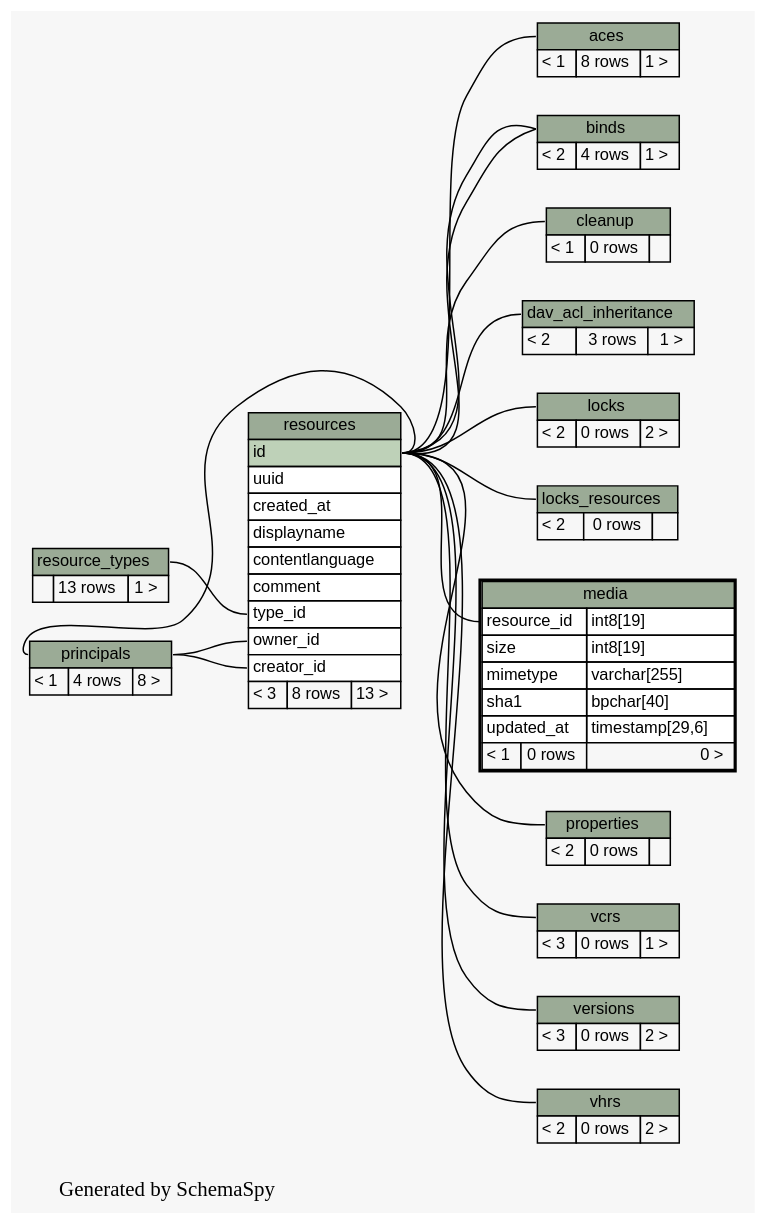
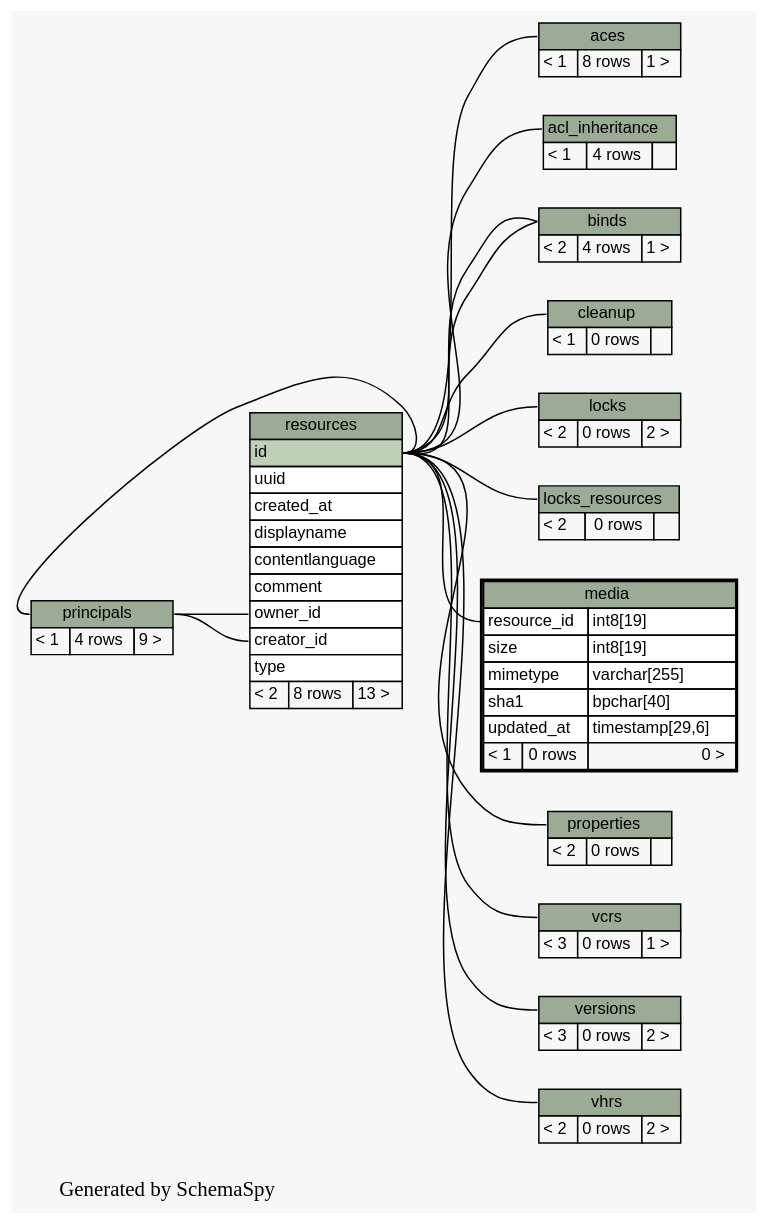
The diagram in limestone/doc/schemaSpy/graphs/media.2degrees.dot (tolsen/limestone), drawn with Graphviz before and after one commit. The commit also changed 151 other files, not shown here.

Commit message:
update schemaspy

```diff
--- a/limestone/doc/schemaSpy/graphs/media.2degrees.dot
+++ b/limestone/doc/schemaSpy/graphs/media.2degrees.dot
@@ -1,173 +1,163 @@
-// dot 2.16.1 on Linux 2.6.24-1-amd64
+// dot 2.20.2 on Linux 2.6.25-2-amd64
 digraph "twoDegreesRelationshipsGraph" {
   graph [
     rankdir="RL"
     bgcolor="#f7f7f7"
     label="\nGenerated by SchemaSpy"
     labeljust="l"
   ];
   node [
     fontname="Helvetica"
     fontsize="11"
     shape="plaintext"
   ];
   edge [
     arrowsize="0.8"
   ];
   "aces":"aces.heading":w -> "resources":"id":e [arrowtail=crowtee arrowhead=none];
+  "acl_inheritance":"acl_inheritance.heading":w -> "resources":"id":e [arrowtail=tee arrowhead=none];
   "binds":"binds.heading":w -> "resources":"id":e [arrowtail=crowtee arrowhead=none];
   "binds":"binds.heading":w -> "resources":"id":e [arrowtail=crowtee arrowhead=none];
   "cleanup":"cleanup.heading":w -> "resources":"id":e [arrowtail=crowtee arrowhead=none];
-  "dav_acl_inheritance":"dav_acl_inheritance.heading":w -> "resources":"id":e [arrowtail=tee arrowhead=none];
   "locks":"locks.heading":w -> "resources":"id":e [arrowtail=crowtee arrowhead=none];
   "locks_resources":"locks_resources.heading":w -> "resources":"id":e [arrowtail=crowtee arrowhead=none];
   "media":"resource_id":w -> "resources":"id":e [arrowtail=crowtee arrowhead=none];
   "principals":"principals.heading":w -> "resources":"id":e [arrowtail=tee arrowhead=none];
   "properties":"properties.heading":w -> "resources":"id":e [arrowtail=crowtee arrowhead=none];
   "resources":"creator_id":w -> "principals":"principals.heading":e [arrowtail=crowtee arrowhead=none];
   "resources":"owner_id":w -> "principals":"principals.heading":e [arrowtail=crowtee arrowhead=none];
-  "resources":"type_id":w -> "resource_types":"resource_types.heading":e [arrowtail=crowtee arrowhead=none];
   "vcrs":"vcrs.heading":w -> "resources":"id":e [arrowtail=tee arrowhead=none];
   "versions":"versions.heading":w -> "resources":"id":e [arrowtail=tee arrowhead=none];
   "vhrs":"vhrs.heading":w -> "resources":"id":e [arrowtail=tee arrowhead=none];
   "aces" [
     label=<
     <TABLE BORDER="0" CELLBORDER="1" CELLSPACING="0" BGCOLOR="#ffffff">
       <TR><TD PORT="aces.heading" COLSPAN="3" BGCOLOR="#9bab96" ALIGN="CENTER">aces</TD></TR>
       <TR><TD ALIGN="LEFT" BGCOLOR="#f7f7f7">&lt; 1</TD><TD ALIGN="RIGHT" BGCOLOR="#f7f7f7">8 rows</TD><TD ALIGN="RIGHT" BGCOLOR="#f7f7f7">1 &gt;</TD></TR>
     </TABLE>>
     URL="aces.html#graph"
     tooltip="aces"
+  ];
+  "acl_inheritance" [
+    label=<
+    <TABLE BORDER="0" CELLBORDER="1" CELLSPACING="0" BGCOLOR="#ffffff">
+      <TR><TD PORT="acl_inheritance.heading" COLSPAN="3" BGCOLOR="#9bab96" ALIGN="CENTER">acl_inheritance</TD></TR>
+      <TR><TD ALIGN="LEFT" BGCOLOR="#f7f7f7">&lt; 1</TD><TD ALIGN="RIGHT" BGCOLOR="#f7f7f7">4 rows</TD><TD ALIGN="RIGHT" BGCOLOR="#f7f7f7">  </TD></TR>
+    </TABLE>>
+    URL="acl_inheritance.html#graph"
+    tooltip="acl_inheritance"
   ];
   "binds" [
     label=<
     <TABLE BORDER="0" CELLBORDER="1" CELLSPACING="0" BGCOLOR="#ffffff">
       <TR><TD PORT="binds.heading" COLSPAN="3" BGCOLOR="#9bab96" ALIGN="CENTER">binds</TD></TR>
       <TR><TD ALIGN="LEFT" BGCOLOR="#f7f7f7">&lt; 2</TD><TD ALIGN="RIGHT" BGCOLOR="#f7f7f7">4 rows</TD><TD ALIGN="RIGHT" BGCOLOR="#f7f7f7">1 &gt;</TD></TR>
     </TABLE>>
     URL="binds.html#graph"
     tooltip="binds"
   ];
   "cleanup" [
     label=<
     <TABLE BORDER="0" CELLBORDER="1" CELLSPACING="0" BGCOLOR="#ffffff">
       <TR><TD PORT="cleanup.heading" COLSPAN="3" BGCOLOR="#9bab96" ALIGN="CENTER">cleanup</TD></TR>
       <TR><TD ALIGN="LEFT" BGCOLOR="#f7f7f7">&lt; 1</TD><TD ALIGN="RIGHT" BGCOLOR="#f7f7f7">0 rows</TD><TD ALIGN="RIGHT" BGCOLOR="#f7f7f7">  </TD></TR>
     </TABLE>>
     URL="cleanup.html#graph"
     tooltip="cleanup"
-  ];
-  "dav_acl_inheritance" [
-    label=<
-    <TABLE BORDER="0" CELLBORDER="1" CELLSPACING="0" BGCOLOR="#ffffff">
-      <TR><TD PORT="dav_acl_inheritance.heading" COLSPAN="3" BGCOLOR="#9bab96" ALIGN="CENTER">dav_acl_inheritance</TD></TR>
-      <TR><TD ALIGN="LEFT" BGCOLOR="#f7f7f7">&lt; 2</TD><TD ALIGN="RIGHT" BGCOLOR="#f7f7f7">3 rows</TD><TD ALIGN="RIGHT" BGCOLOR="#f7f7f7">1 &gt;</TD></TR>
-    </TABLE>>
-    URL="dav_acl_inheritance.html#graph"
-    tooltip="dav_acl_inheritance"
   ];
   "locks" [
     label=<
     <TABLE BORDER="0" CELLBORDER="1" CELLSPACING="0" BGCOLOR="#ffffff">
       <TR><TD PORT="locks.heading" COLSPAN="3" BGCOLOR="#9bab96" ALIGN="CENTER">locks</TD></TR>
       <TR><TD ALIGN="LEFT" BGCOLOR="#f7f7f7">&lt; 2</TD><TD ALIGN="RIGHT" BGCOLOR="#f7f7f7">0 rows</TD><TD ALIGN="RIGHT" BGCOLOR="#f7f7f7">2 &gt;</TD></TR>
     </TABLE>>
     URL="locks.html#graph"
     tooltip="locks"
   ];
   "locks_resources" [
     label=<
     <TABLE BORDER="0" CELLBORDER="1" CELLSPACING="0" BGCOLOR="#ffffff">
       <TR><TD PORT="locks_resources.heading" COLSPAN="3" BGCOLOR="#9bab96" ALIGN="CENTER">locks_resources</TD></TR>
       <TR><TD ALIGN="LEFT" BGCOLOR="#f7f7f7">&lt; 2</TD><TD ALIGN="RIGHT" BGCOLOR="#f7f7f7">0 rows</TD><TD ALIGN="RIGHT" BGCOLOR="#f7f7f7">  </TD></TR>
     </TABLE>>
     URL="locks_resources.html#graph"
     tooltip="locks_resources"
   ];
   "media" [
     label=<
     <TABLE BORDER="2" CELLBORDER="1" CELLSPACING="0" BGCOLOR="#ffffff">
       <TR><TD PORT="media.heading" COLSPAN="3" BGCOLOR="#9bab96" ALIGN="CENTER">media</TD></TR>
       <TR><TD PORT="resource_id" COLSPAN="2" ALIGN="LEFT">resource_id</TD><TD PORT="resource_id.type" ALIGN="LEFT">int8[19]</TD></TR>
       <TR><TD PORT="size" COLSPAN="2" ALIGN="LEFT">size</TD><TD PORT="size.type" ALIGN="LEFT">int8[19]</TD></TR>
       <TR><TD PORT="mimetype" COLSPAN="2" ALIGN="LEFT">mimetype</TD><TD PORT="mimetype.type" ALIGN="LEFT">varchar[255]</TD></TR>
       <TR><TD PORT="sha1" COLSPAN="2" ALIGN="LEFT">sha1</TD><TD PORT="sha1.type" ALIGN="LEFT">bpchar[40]</TD></TR>
       <TR><TD PORT="updated_at" COLSPAN="2" ALIGN="LEFT">updated_at</TD><TD PORT="updated_at.type" ALIGN="LEFT">timestamp[29,6]</TD></TR>
       <TR><TD ALIGN="LEFT" BGCOLOR="#f7f7f7">&lt; 1</TD><TD ALIGN="RIGHT" BGCOLOR="#f7f7f7">0 rows</TD><TD ALIGN="RIGHT" BGCOLOR="#f7f7f7">0 &gt;</TD></TR>
     </TABLE>>
     URL="media.html#"
     tooltip="media"
   ];
   "principals" [
     label=<
     <TABLE BORDER="0" CELLBORDER="1" CELLSPACING="0" BGCOLOR="#ffffff">
       <TR><TD PORT="principals.heading" COLSPAN="3" BGCOLOR="#9bab96" ALIGN="CENTER">principals</TD></TR>
-      <TR><TD ALIGN="LEFT" BGCOLOR="#f7f7f7">&lt; 1</TD><TD ALIGN="RIGHT" BGCOLOR="#f7f7f7">4 rows</TD><TD ALIGN="RIGHT" BGCOLOR="#f7f7f7">8 &gt;</TD></TR>
+      <TR><TD ALIGN="LEFT" BGCOLOR="#f7f7f7">&lt; 1</TD><TD ALIGN="RIGHT" BGCOLOR="#f7f7f7">4 rows</TD><TD ALIGN="RIGHT" BGCOLOR="#f7f7f7">9 &gt;</TD></TR>
     </TABLE>>
     URL="principals.html#graph"
     tooltip="principals"
   ];
   "properties" [
     label=<
     <TABLE BORDER="0" CELLBORDER="1" CELLSPACING="0" BGCOLOR="#ffffff">
       <TR><TD PORT="properties.heading" COLSPAN="3" BGCOLOR="#9bab96" ALIGN="CENTER">properties</TD></TR>
       <TR><TD ALIGN="LEFT" BGCOLOR="#f7f7f7">&lt; 2</TD><TD ALIGN="RIGHT" BGCOLOR="#f7f7f7">0 rows</TD><TD ALIGN="RIGHT" BGCOLOR="#f7f7f7">  </TD></TR>
     </TABLE>>
     URL="properties.html#graph"
     tooltip="properties"
   ];
-  "resource_types" [
-    label=<
-    <TABLE BORDER="0" CELLBORDER="1" CELLSPACING="0" BGCOLOR="#ffffff">
-      <TR><TD PORT="resource_types.heading" COLSPAN="3" BGCOLOR="#9bab96" ALIGN="CENTER">resource_types</TD></TR>
-      <TR><TD ALIGN="LEFT" BGCOLOR="#f7f7f7">  </TD><TD ALIGN="RIGHT" BGCOLOR="#f7f7f7">13 rows</TD><TD ALIGN="RIGHT" BGCOLOR="#f7f7f7">1 &gt;</TD></TR>
-    </TABLE>>
-    URL="resource_types.html#graph"
-    tooltip="resource_types"
-  ];
   "resources" [
     label=<
     <TABLE BORDER="0" CELLBORDER="1" CELLSPACING="0" BGCOLOR="#ffffff">
       <TR><TD PORT="resources.heading" COLSPAN="3" BGCOLOR="#9bab96" ALIGN="CENTER">resources</TD></TR>
       <TR><TD PORT="id" COLSPAN="3" BGCOLOR="#bed1b8" ALIGN="LEFT">id</TD></TR>
       <TR><TD PORT="uuid" COLSPAN="3" ALIGN="LEFT">uuid</TD></TR>
       <TR><TD PORT="created_at" COLSPAN="3" ALIGN="LEFT">created_at</TD></TR>
       <TR><TD PORT="displayname" COLSPAN="3" ALIGN="LEFT">displayname</TD></TR>
       <TR><TD PORT="contentlanguage" COLSPAN="3" ALIGN="LEFT">contentlanguage</TD></TR>
       <TR><TD PORT="comment" COLSPAN="3" ALIGN="LEFT">comment</TD></TR>
-      <TR><TD PORT="type_id" COLSPAN="3" ALIGN="LEFT">type_id</TD></TR>
       <TR><TD PORT="owner_id" COLSPAN="3" ALIGN="LEFT">owner_id</TD></TR>
       <TR><TD PORT="creator_id" COLSPAN="3" ALIGN="LEFT">creator_id</TD></TR>
-      <TR><TD ALIGN="LEFT" BGCOLOR="#f7f7f7">&lt; 3</TD><TD ALIGN="RIGHT" BGCOLOR="#f7f7f7">8 rows</TD><TD ALIGN="RIGHT" BGCOLOR="#f7f7f7">13 &gt;</TD></TR>
+      <TR><TD PORT="type" COLSPAN="3" ALIGN="LEFT">type</TD></TR>
+      <TR><TD ALIGN="LEFT" BGCOLOR="#f7f7f7">&lt; 2</TD><TD ALIGN="RIGHT" BGCOLOR="#f7f7f7">8 rows</TD><TD ALIGN="RIGHT" BGCOLOR="#f7f7f7">13 &gt;</TD></TR>
     </TABLE>>
     URL="resources.html#graph"
     tooltip="resources"
   ];
   "vcrs" [
     label=<
     <TABLE BORDER="0" CELLBORDER="1" CELLSPACING="0" BGCOLOR="#ffffff">
       <TR><TD PORT="vcrs.heading" COLSPAN="3" BGCOLOR="#9bab96" ALIGN="CENTER">vcrs</TD></TR>
       <TR><TD ALIGN="LEFT" BGCOLOR="#f7f7f7">&lt; 3</TD><TD ALIGN="RIGHT" BGCOLOR="#f7f7f7">0 rows</TD><TD ALIGN="RIGHT" BGCOLOR="#f7f7f7">1 &gt;</TD></TR>
     </TABLE>>
     URL="vcrs.html#graph"
     tooltip="vcrs"
   ];
   "versions" [
     label=<
     <TABLE BORDER="0" CELLBORDER="1" CELLSPACING="0" BGCOLOR="#ffffff">
       <TR><TD PORT="versions.heading" COLSPAN="3" BGCOLOR="#9bab96" ALIGN="CENTER">versions</TD></TR>
       <TR><TD ALIGN="LEFT" BGCOLOR="#f7f7f7">&lt; 3</TD><TD ALIGN="RIGHT" BGCOLOR="#f7f7f7">0 rows</TD><TD ALIGN="RIGHT" BGCOLOR="#f7f7f7">2 &gt;</TD></TR>
     </TABLE>>
     URL="versions.html#graph"
     tooltip="versions"
   ];
   "vhrs" [
     label=<
     <TABLE BORDER="0" CELLBORDER="1" CELLSPACING="0" BGCOLOR="#ffffff">
       <TR><TD PORT="vhrs.heading" COLSPAN="3" BGCOLOR="#9bab96" ALIGN="CENTER">vhrs</TD></TR>
       <TR><TD ALIGN="LEFT" BGCOLOR="#f7f7f7">&lt; 2</TD><TD ALIGN="RIGHT" BGCOLOR="#f7f7f7">0 rows</TD><TD ALIGN="RIGHT" BGCOLOR="#f7f7f7">2 &gt;</TD></TR>
     </TABLE>>
     URL="vhrs.html#graph"
     tooltip="vhrs"
   ];
 }
```
